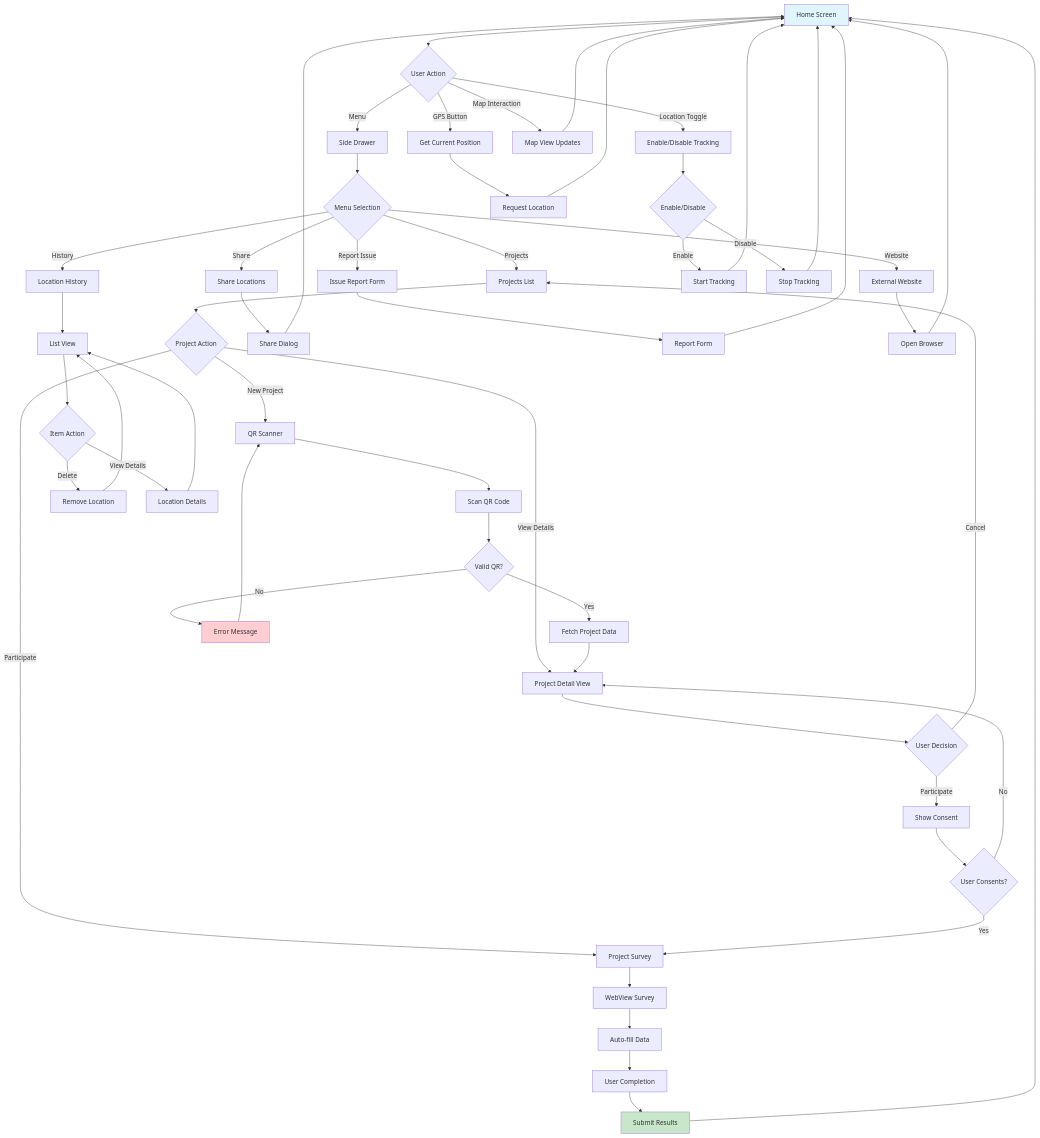
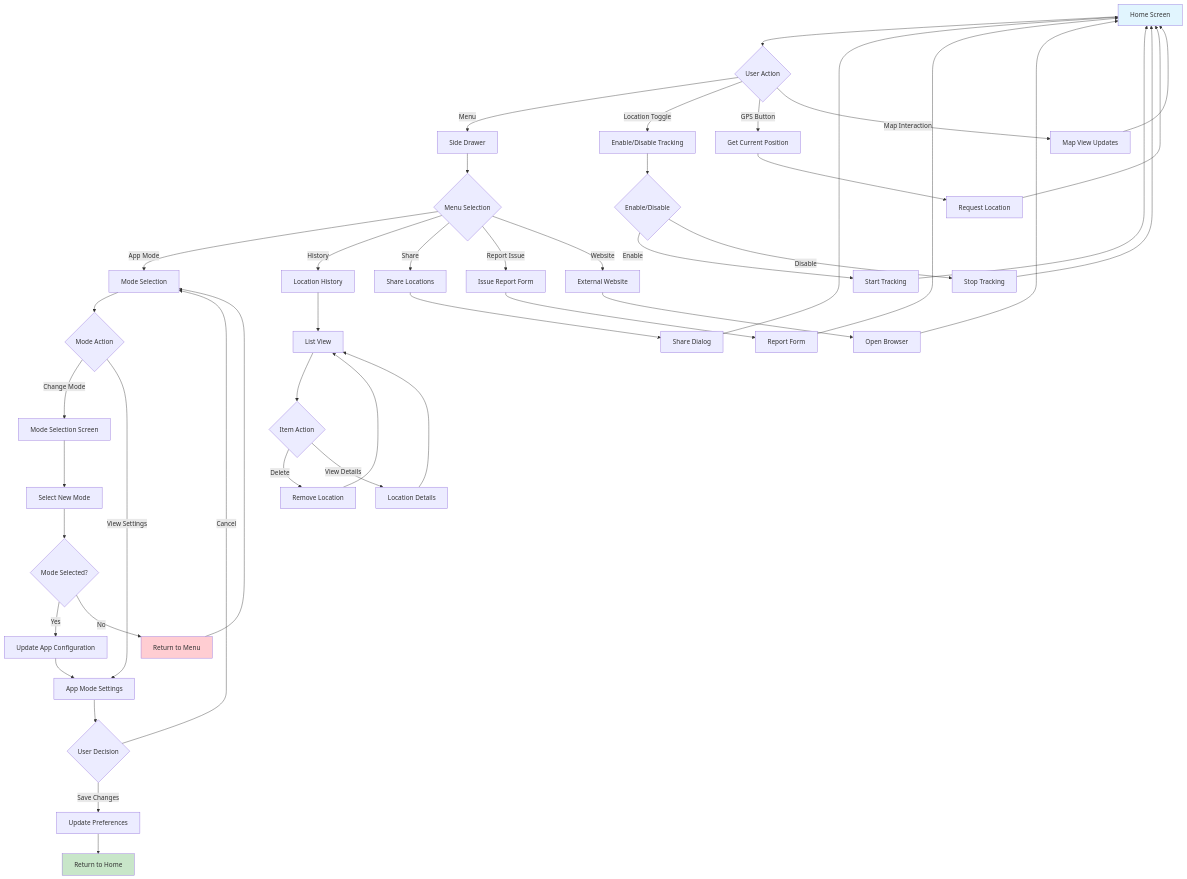
One commit to ActivitySpaceLab/gauteng-wellbeing-mapper-app changed the sixth of 10 diagrams in docs/FLOW_CHARTS.md. Above: the diagram before and after it, drawn with Mermaid. The commit also changed other lines of this file and 5 other files, not shown here.

````diff
--- a/docs/FLOW_CHARTS.md
+++ b/docs/FLOW_CHARTS.md
@@ -199,67 +190,58 @@
 ```mermaid
 flowchart TD
     A[Home Screen] --> B{User Action}
     B -->|Menu| C[Side Drawer]
     B -->|Location Toggle| D[Enable/Disable Tracking]
     B -->|GPS Button| E[Get Current Position]
     B -->|Map Interaction| F[Map View Updates]
     
     C --> G{Menu Selection}
-    G -->|Projects| H[Projects List]
+    G -->|App Mode| H[Mode Selection]
     G -->|History| I[Location History]
     G -->|Share| J[Share Locations]
     G -->|Report Issue| K[Issue Report Form]
     G -->|Website| L[External Website]
     
-    H --> M{Project Action}
-    M -->|New Project| N[QR Scanner]
-    M -->|View Details| O[Project Detail View]
-    M -->|Participate| P[Project Survey]
+    H --> M{Mode Action}
+    M -->|Change Mode| N[Mode Selection Screen]
+    M -->|View Settings| O[App Mode Settings]
     
-    N --> Q[Scan QR Code]
-    Q --> R{Valid QR?}
-    R -->|Yes| S[Fetch Project Data]
-    R -->|No| T[Error Message]
+    N --> Q[Select New Mode]
+    Q --> R{Mode Selected?}
+    R -->|Yes| S[Update App Configuration]
+    R -->|No| T[Return to Menu]
     S --> O
-    T --> N
+    T --> H
     
     O --> U{User Decision}
-    U -->|Participate| V[Show Consent]
+    U -->|Save Changes| V[Update Preferences]
     U -->|Cancel| H
-    V --> W{User Consents?}
-    W -->|Yes| P
-    W -->|No| O
-    
-    P --> X[WebView Survey]
-    X --> Y[Auto-fill Data]
-    Y --> Z[User Completion]
-    Z --> AA[Submit Results]
-    AA --> A
+    V --> AA[Return to Home]
     
     I --> BB[List View]
     BB --> CC{Item Action}
     CC -->|Delete| DD[Remove Location]
     CC -->|View Details| EE[Location Details]
     DD --> BB
     EE --> BB
     
     D --> FF{Enable/Disable}
     FF -->|Enable| GG[Start Tracking]
     FF -->|Disable| HH[Stop Tracking]
     GG --> A
     HH --> A
     
     E --> II[Request Location]
     II --> A
     F --> A
     J --> JJ[Share Dialog]
     JJ --> A
     K --> KK[Report Form]
     KK --> A
     L --> LL[Open Browser]
     LL --> A
     
     style A fill:#e1f5fe
     style AA fill:#c8e6c9
     style T fill:#ffcdd2
 ```
````
